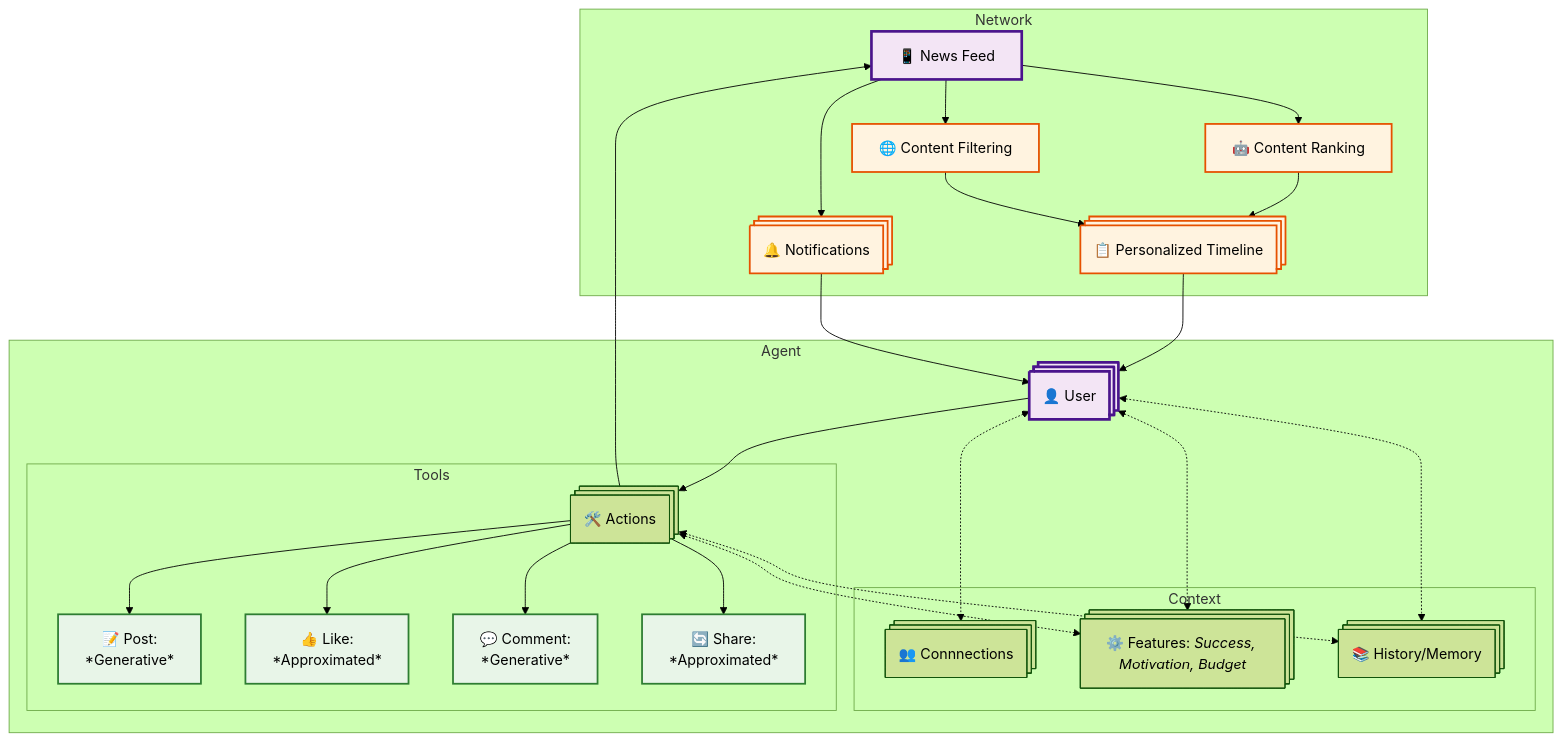
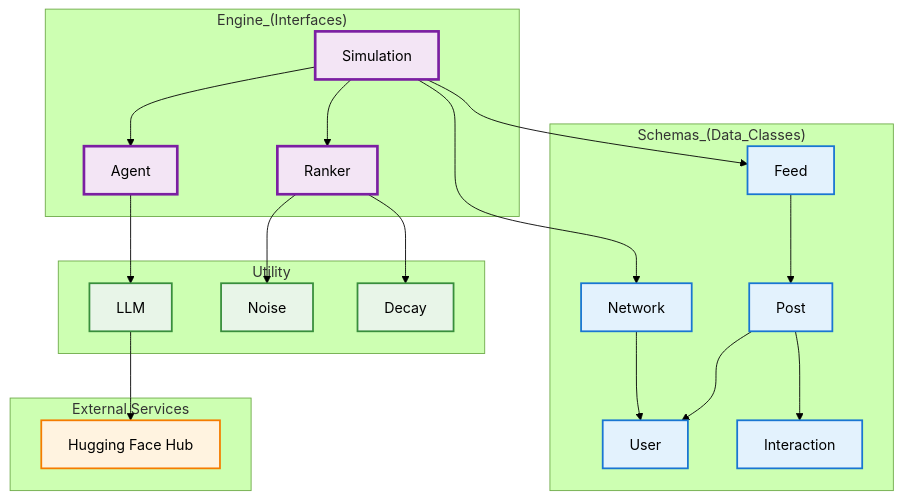
One commit to cl-trier/TWON-LSS changed the first of 2 diagrams in reports/Readme.md. Above: the diagram before and after it, drawn with Mermaid (forest theme). The commit also changed other lines of this file, not shown here.

Commit message:
update description charts

````diff
--- a/reports/Readme.md
+++ b/reports/Readme.md
@@ -3,55 +3,50 @@
 ```mermaid
 flowchart TB
-
-    subgraph "Network"
-        
-        FEED[📱 News Feed]
-
-        ALGO[🤖 Content Ranking]
-        FILTER[🌐 Content Filtering]
-        
-        NOTIFY@{shape: processes, label: "🔔 Notifications"}
-        TIMELINE@{shape: processes, label: "📋 Personalized Timeline"}
-
-        FEED --> ALGO & FILTER & NOTIFY
-        ALGO & FILTER --> TIMELINE
+    subgraph "Schemas_(Data_Classes)"
+        USER[User]
+        POST[Post]
+        FEED[Feed]
+        NETWORK[Network]
+        INTERACTION[Interaction]
+    end
+    subgraph "Engine_(Interfaces)"
+        SIM[Simulation]
+        AGENT[Agent]
+        RANKER[Ranker]
+    end
+    subgraph "Utility"
+        LLM[LLM]
+        NOISE[Noise]
+        DECAY[Decay]
+    end
+    subgraph "External Services"
+        HF[Hugging Face Hub]
     end
 
-    subgraph "Agent" 
+    SIM --> AGENT
+    SIM --> RANKER
+    SIM --> FEED
+    SIM --> NETWORK
+    
+    AGENT --> LLM
+    RANKER --> DECAY
+    RANKER --> NOISE
+    
+    LLM --> HF
+    
+    FEED --> POST
+    POST --> USER
+    POST --> INTERACTION
+    NETWORK --> USER
 
-        USER@{shape: processes, label: "👤 User"}
-
-        subgraph "Context"
-            CONNECTIONS@{shape: processes, label: "👥 Connnections"}
-            FEATURES@{shape: processes, label: "⚙️ Features: *Success, Motivation, Budget*"}
-            HISTORY@{shape: processes, label: "📚 History/Memory"}
-        end
-
-        subgraph "Tools"
-            ACTION@{shape: processes, label: "🛠️ Actions"}
-            POST[📝 Post:<br>*Generative*]
-            LIKE[👍 Like:<br>*Approximated*]
-            COMMENT[💬 Comment:<br>*Generative*]
-            SHARE[🔄 Share:<br>*Approximated*]
-        end 
-        
-        ACTION --> POST & LIKE & COMMENT & SHARE
-        USER --> ACTION
-        USER & ACTION <-.-> HISTORY & FEATURES
-        USER <-.-> CONNECTIONS
-    end
+    %% Styling
+    classDef schemaClass fill:#e3f2fd,stroke:#1976d2,stroke-width:2px
+    classDef engineClass fill:#f3e5f5,stroke:#7b1fa2,stroke-width:3px
+    classDef utilityClass fill:#e8f5e8,stroke:#388e3c,stroke-width:2px
+    classDef externalClass fill:#fff3e0,stroke:#f57c00,stroke-width:2px
     
-    TIMELINE --> USER
-    NOTIFY --> USER
-    ACTION --> FEED
-    %% USER --> FILTER
-    
-    %% Styling
-    classDef ComponentClass fill:#f3e5f5,stroke:#4a148c,stroke-width:3px
-    classDef actionClass fill:#e8f5e8,stroke:#2e7d32,stroke-width:2px
-    classDef systemClass fill:#fff3e0,stroke:#e65100,stroke-width:2px
-    
-    class FEED,USER ComponentClass
-    class POST,LIKE,COMMENT,SHARE actionClass
-    class ALGO,FILTER,NOTIFY,TIMELINE systemClass
+    class USER,POST,FEED,NETWORK,INTERACTION schemaClass
+    class SIM,AGENT,RANKER engineClass
+    class LLM,NOISE,DECAY utilityClass
+    class HF externalClass
 ```
````
